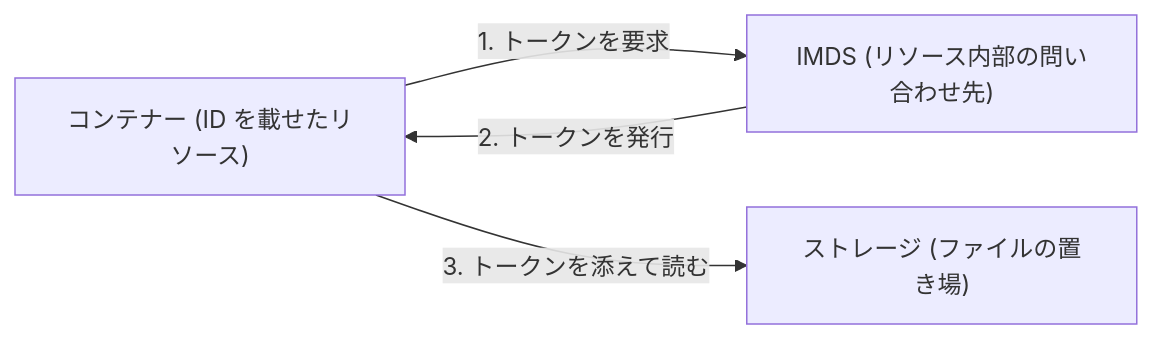
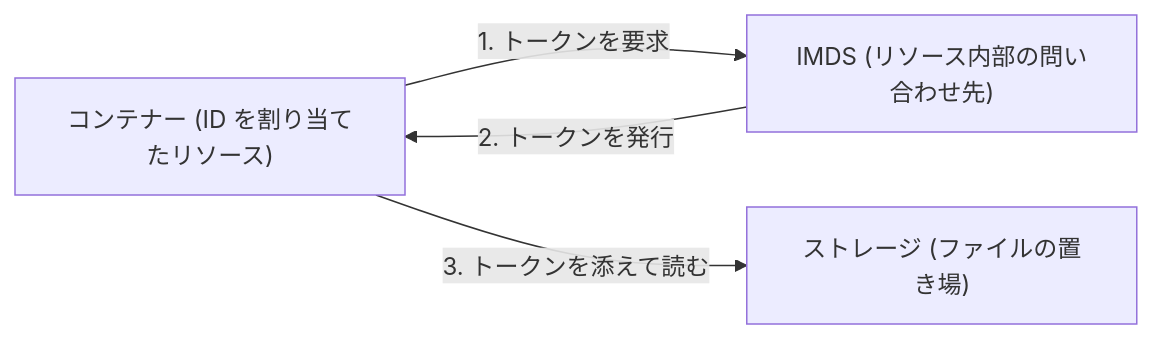
The second of 2 diagrams in manuscript/part2/07-managed-identity.md (engineers-hub-ltd-in-house-project/azure-practice), drawn with Mermaid before and after one commit. The commit also changed other lines of this file and 9 other files, not shown here.

````diff
--- a/manuscript/part2/07-managed-identity.md
+++ b/manuscript/part2/07-managed-identity.md
@@ -39,6 +41,6 @@
 ```mermaid
 flowchart LR
-  C["コンテナー (ID を載せたリソース)"] -->|"1. トークンを要求"| M["IMDS (リソース内部の問い合わせ先)"]
+  C["コンテナー (ID を割り当てたリソース)"] -->|"1. トークンを要求"| M["IMDS (リソース内部の問い合わせ先)"]
   M -->|"2. トークンを発行"| C
   C -->|"3. トークンを添えて読む"| S["ストレージ (ファイルの置き場)"]
 ```
````
